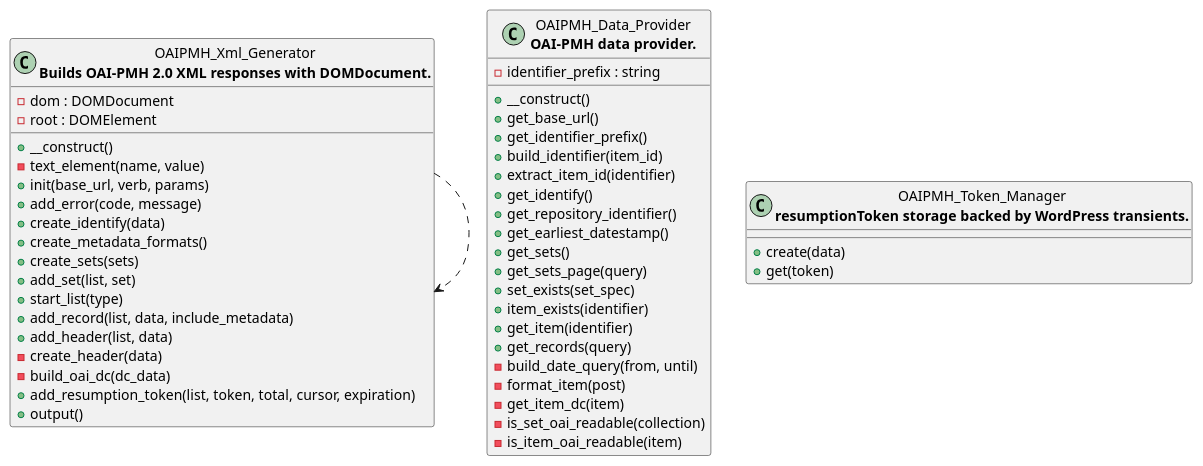
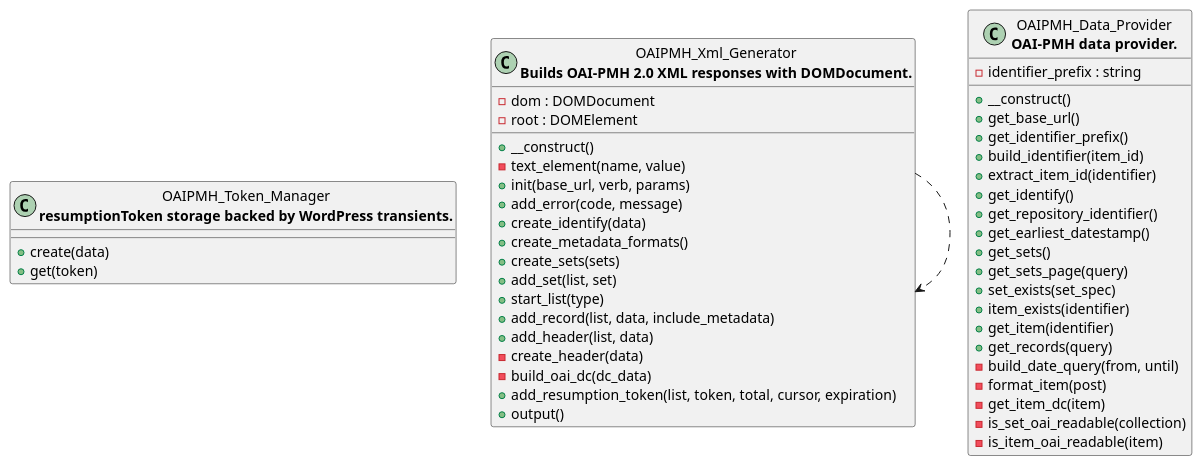
Before and after one commit to tainacan/tainacan: the diagram in docs/diagrams/tainacan-namespace-Tainacan-OAIPMH.puml, drawn with PlantUML. The commit also changed other lines of this file and 112 other files, not shown here.

```diff
--- a/docs/diagrams/tainacan-namespace-Tainacan-OAIPMH.puml
+++ b/docs/diagrams/tainacan-namespace-Tainacan-OAIPMH.puml
@@ -1,48 +1,48 @@
 @startuml class-diagram
+  class "OAIPMH_Token_Manager\n<b>resumptionToken storage backed by WordPress transients.</b>" as OAIPMH_Token_Manager {
+    +create(data)
+    +get(token)
+  }
   class "OAIPMH_Xml_Generator\n<b>Builds OAI-PMH 2.0 XML responses with DOMDocument.</b>" as OAIPMH_Xml_Generator {
     -dom : DOMDocument
     -root : DOMElement
     +__construct()
     -text_element(name, value)
     +init(base_url, verb, params)
     +add_error(code, message)
     +create_identify(data)
     +create_metadata_formats()
     +create_sets(sets)
     +add_set(list, set)
     +start_list(type)
     +add_record(list, data, include_metadata)
     +add_header(list, data)
     -create_header(data)
     -build_oai_dc(dc_data)
     +add_resumption_token(list, token, total, cursor, expiration)
     +output()
   }
   class "OAIPMH_Data_Provider\n<b>OAI-PMH data provider.</b>" as OAIPMH_Data_Provider {
     -identifier_prefix : string
     +__construct()
     +get_base_url()
     +get_identifier_prefix()
     +build_identifier(item_id)
     +extract_item_id(identifier)
     +get_identify()
     +get_repository_identifier()
     +get_earliest_datestamp()
     +get_sets()
     +get_sets_page(query)
     +set_exists(set_spec)
     +item_exists(identifier)
     +get_item(identifier)
     +get_records(query)
     -build_date_query(from, until)
     -format_item(post)
     -get_item_dc(item)
     -is_set_oai_readable(collection)
     -is_item_oai_readable(item)
   }
-  class "OAIPMH_Token_Manager\n<b>resumptionToken storage backed by WordPress transients.</b>" as OAIPMH_Token_Manager {
-    +create(data)
-    +get(token)
-  }
   OAIPMH_Xml_Generator ..> OAIPMH_Xml_Generator
 @enduml
```
